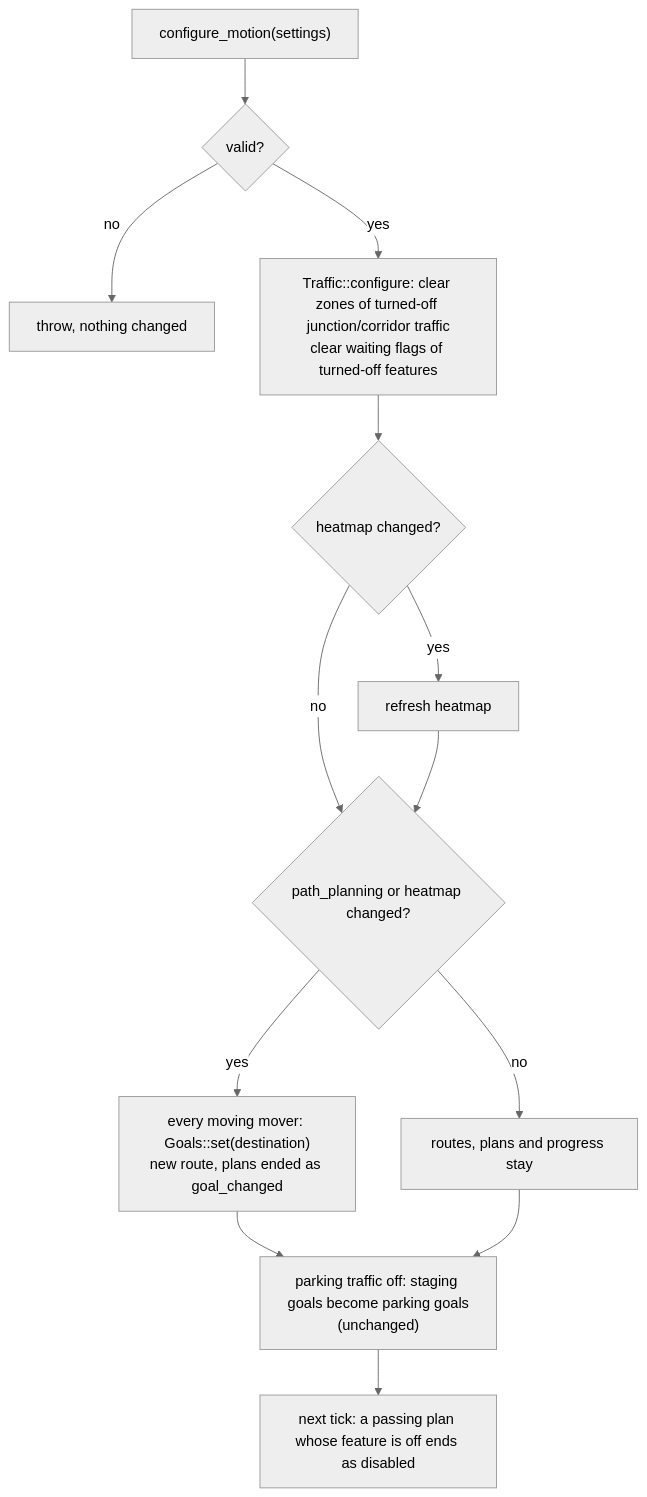
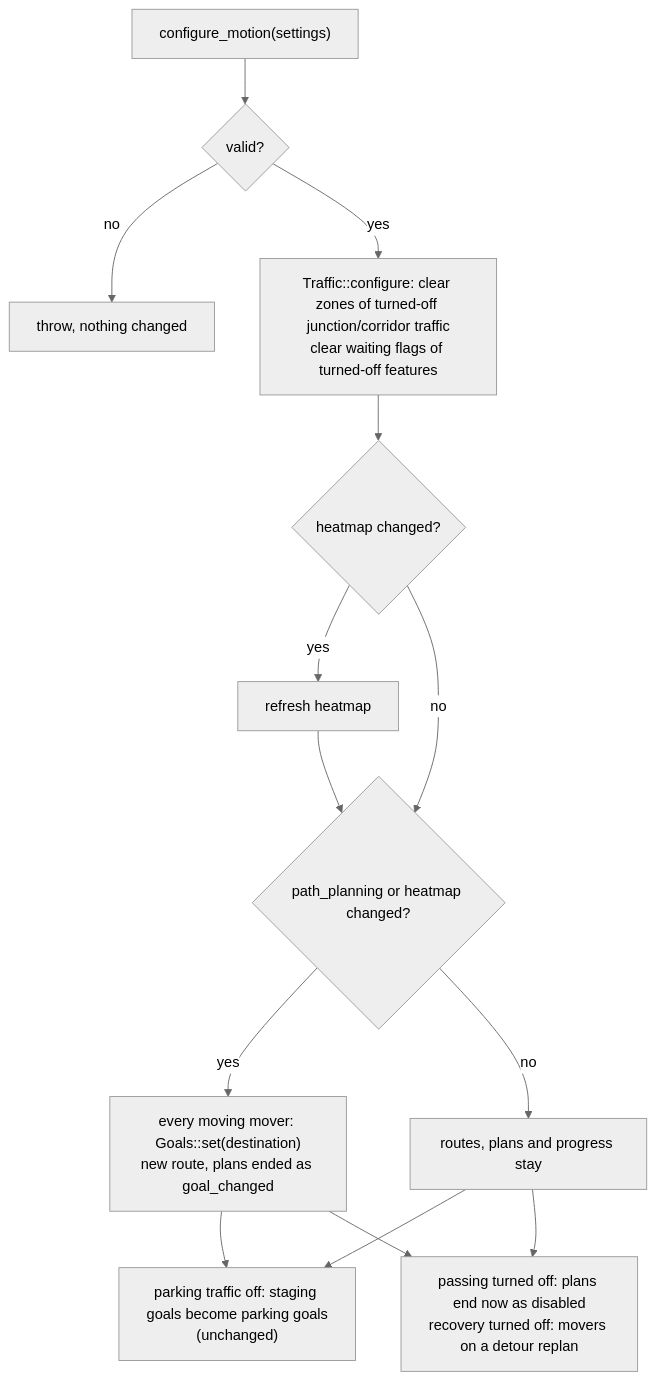
Before and after one commit to SMB-M87/Kinetra-Lab: the diagram in docs/design/2026-11-20-i4sim-tuning-stall.md, drawn with Mermaid (neutral theme). The commit also changed other lines of this file and 1 other file, not shown here.

````diff
--- a/docs/design/2026-11-20-i4sim-tuning-stall.md
+++ b/docs/design/2026-11-20-i4sim-tuning-stall.md
@@ -69,15 +73,16 @@
 ```mermaid
 flowchart TD
     C["configure_motion(settings)"] --> V{valid?}
     V -->|no| T[throw, nothing changed]
     V -->|yes| F["Traffic::configure: clear zones of turned-off junction/corridor traffic<br/>clear waiting flags of turned-off features"]
     F --> H{heatmap changed?}
     H -->|yes| HM[refresh heatmap]
     H -->|no| R
     HM --> R{path_planning or heatmap changed?}
     R -->|yes| RP["every moving mover: Goals::set(destination)<br/>new route, plans ended as goal_changed"]
     R -->|no| K[routes, plans and progress stay]
     RP --> P
     K --> P["parking traffic off: staging goals become parking goals<br/>(unchanged)"]
-    P --> N["next tick: a passing plan whose feature is off ends as disabled"]
+    K --> D["passing turned off: plans end now as disabled<br/>recovery turned off: movers on a detour replan"]
+    RP --> D
 ```
````
